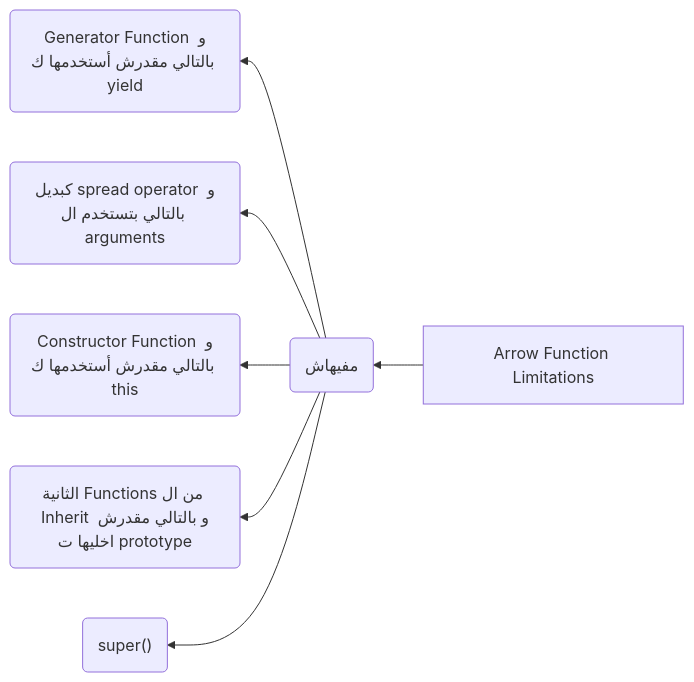
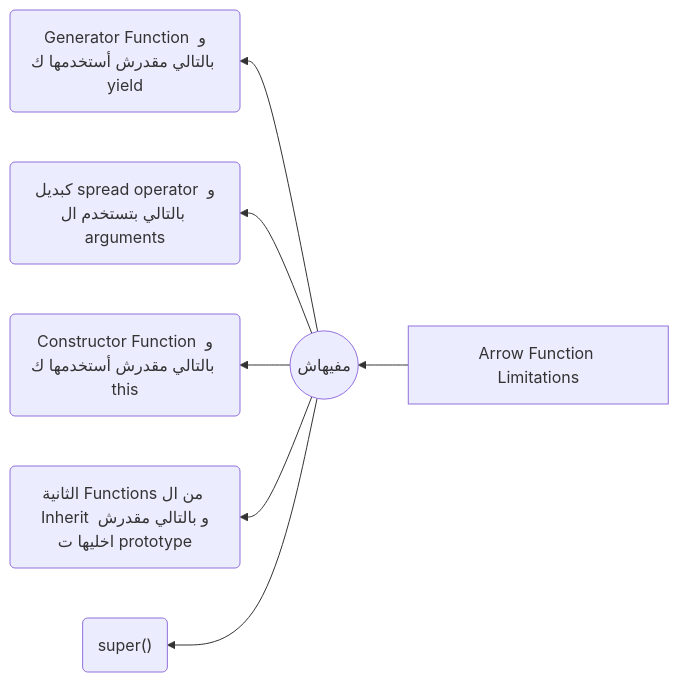
Before and after one commit to Ak-ram/Frontend-Interview-Questions: the third of 3 diagrams in javascript/syntactic sugar مجرد Arrow function هل ال.md, drawn with Mermaid.

Commit message:
Update syntactic sugar مجرد Arrow function هل ال.md

````diff
--- a/javascript/syntactic sugar مجرد Arrow function هل ال.md
+++ b/javascript/syntactic sugar مجرد Arrow function هل ال.md
@@ -225,10 +225,10 @@
 ```mermaid
   graph RL
-    A["Arrow Function Limitations"] --> B(مفيهاش)
+    A["Arrow Function Limitations"] --> B((مفيهاش))
     B --> C(Generator Function و بالتالي مقدرش أستخدمها ك yield )
     B --> D(كبديل spread operator و بالتالي بتستخدم ال arguments)
     B --> E(Constructor Function و بالتالي مقدرش أستخدمها ك this)
     B --> F(الثانية Functions من ال Inherit و بالتالي مقدرش اخليها ت prototype)
     B --> G("super()")
 
 ```
````
